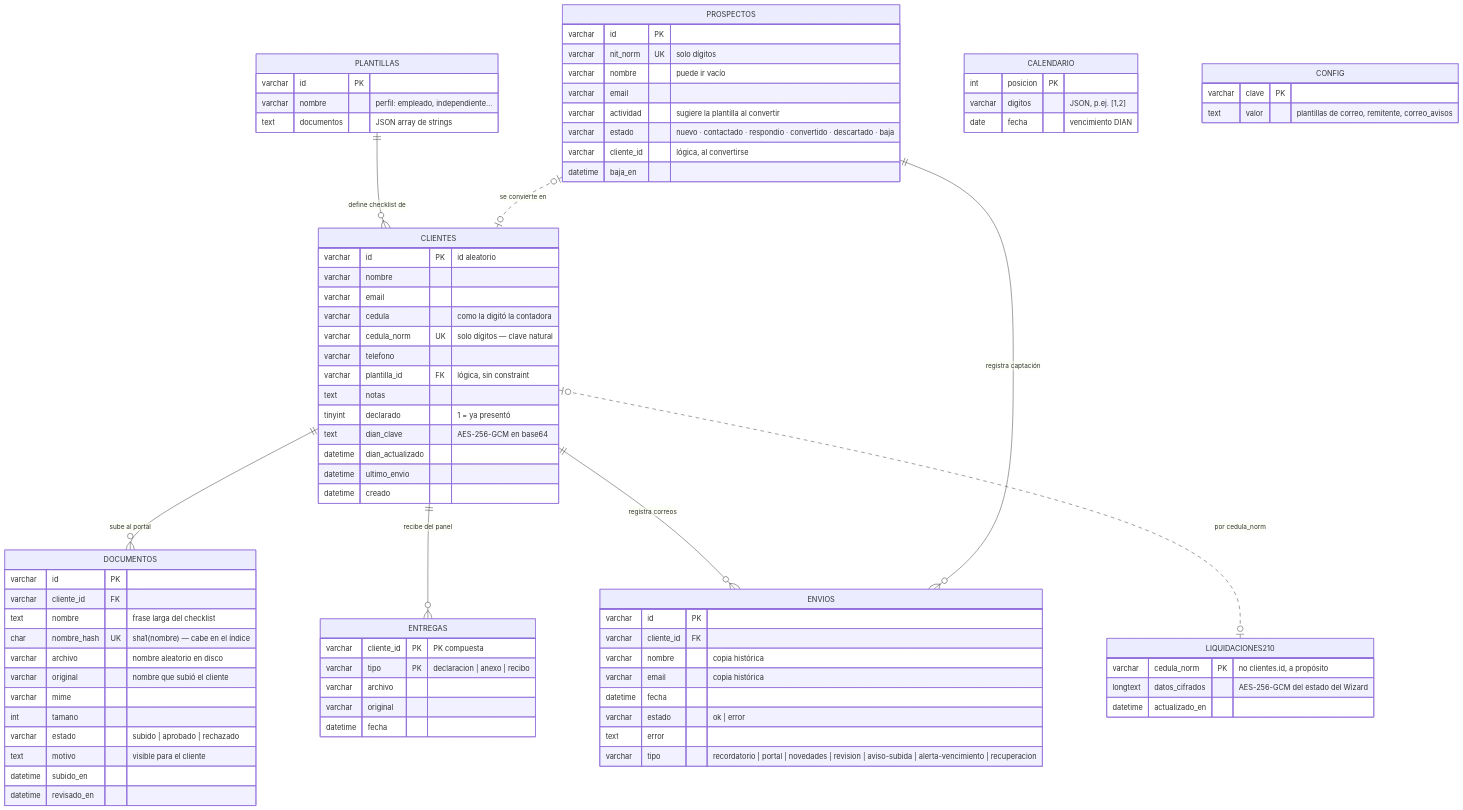
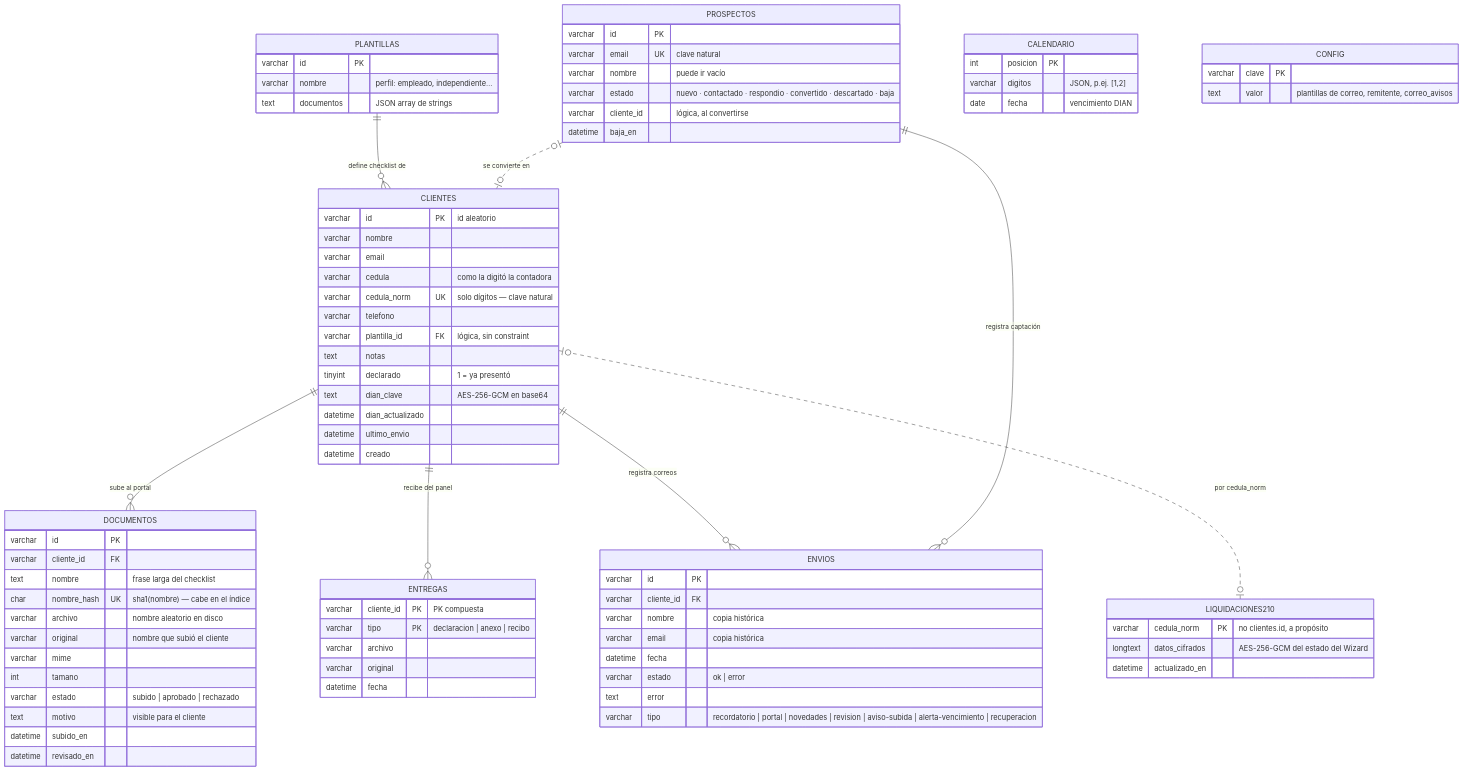
The eighth of 21 diagrams in docs/ARQUITECTURA.md (alexizher/portal-declaracion-renta), drawn with Mermaid before and after one commit. The commit also changed other lines of this file and 9 other files, not shown here.

```diff
--- a/docs/ARQUITECTURA.md
+++ b/docs/ARQUITECTURA.md
@@ -506,10 +506,8 @@
 
     PROSPECTOS {
         varchar id PK
-        varchar nit_norm UK "solo dígitos"
+        varchar email UK "clave natural"
         varchar nombre "puede ir vacío"
-        varchar email
-        varchar actividad "sugiere la plantilla al convertir"
         varchar estado "nuevo · contactado · respondio · convertido · descartado · baja"
         varchar cliente_id "lógica, al convertirse"
         datetime baja_en
```
